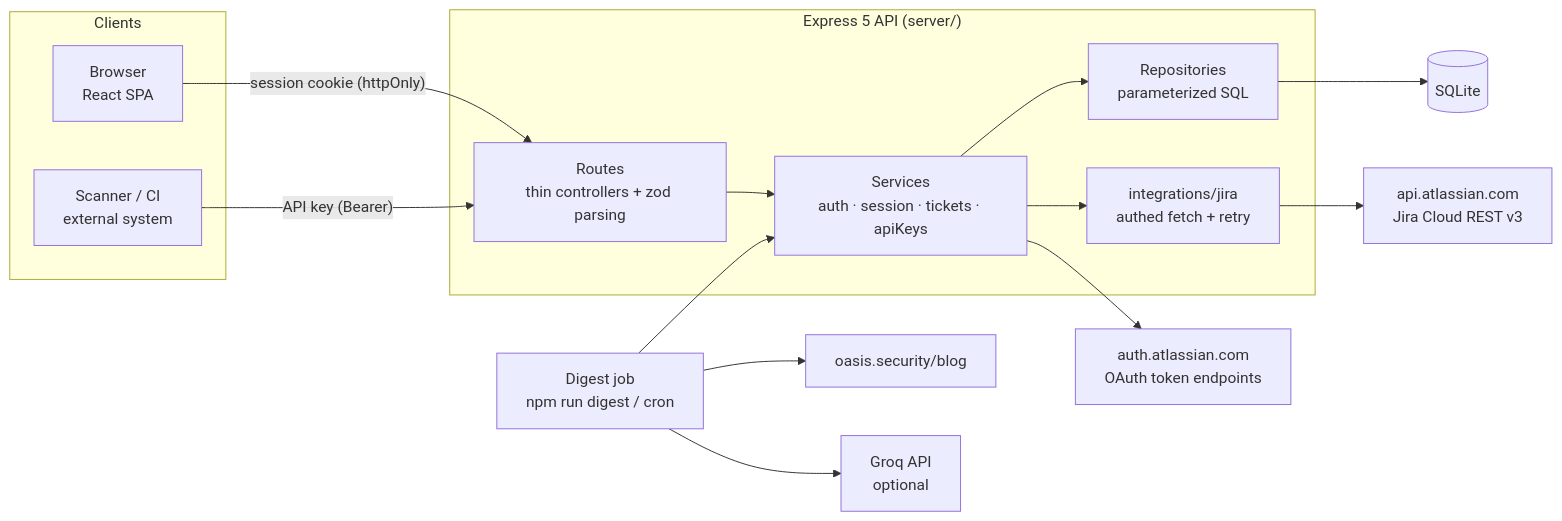
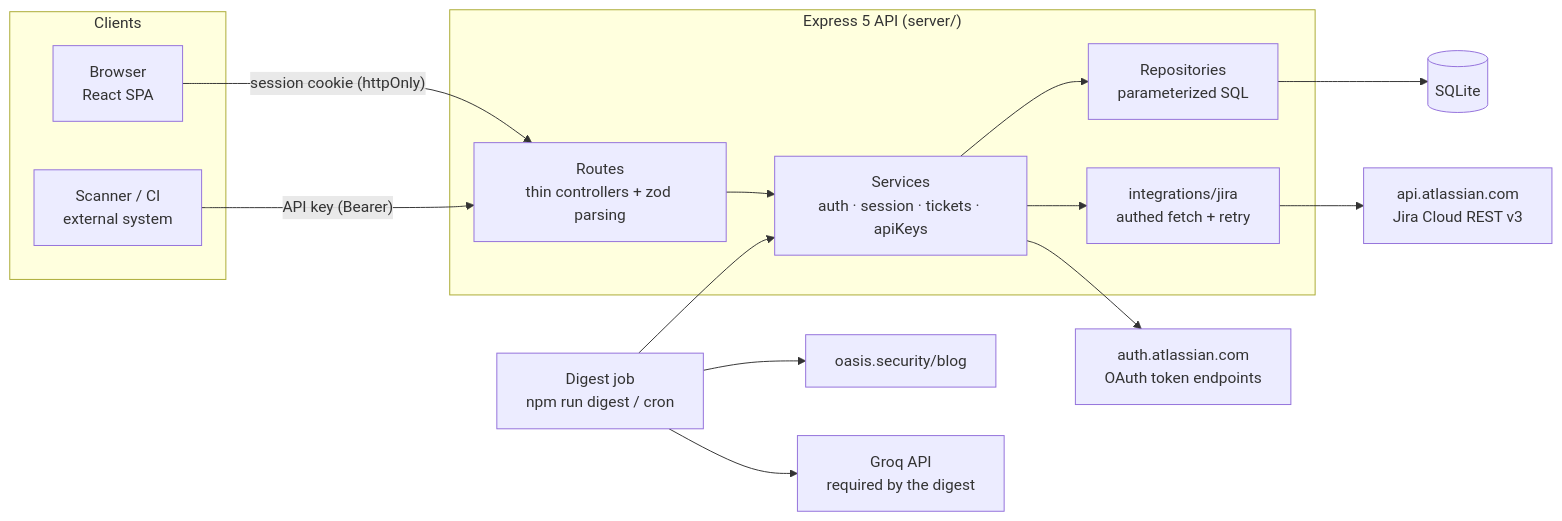
The first of 4 diagrams in docs/ARCHITECTURE.md (lerman01/IdentityHub), drawn with Mermaid before and after one commit. The commit also changed 8 other files, not shown here.

First line of the commit message:
feat: require GROQ_API_KEY to run the blog digest

````diff
--- a/docs/ARCHITECTURE.md
+++ b/docs/ARCHITECTURE.md
@@ -5,29 +5,29 @@
 ```mermaid
 flowchart LR
     subgraph Clients
         B[Browser<br/>React SPA]
         S[Scanner / CI<br/>external system]
     end
 
     subgraph Server["Express 5 API (server/)"]
         R[Routes<br/>thin controllers + zod parsing]
         SV[Services<br/>auth · session · tickets · apiKeys]
         RP[Repositories<br/>parameterized SQL]
         JC[integrations/jira<br/>authed fetch + retry]
     end
 
     DB[(SQLite)]
     AT[auth.atlassian.com<br/>OAuth token endpoints]
     JA[api.atlassian.com<br/>Jira Cloud REST v3]
     BLOG[oasis.security/blog]
-    GROQ[Groq API<br/>optional]
+    GROQ[Groq API<br/>required by the digest]
 
     B -- "session cookie (httpOnly)" --> R
     S -- "API key (Bearer)" --> R
     R --> SV --> RP --> DB
     SV --> JC --> JA
     SV --> AT
     D[Digest job<br/>npm run digest / cron] --> SV
     D --> BLOG
     D --> GROQ
 ```
````
